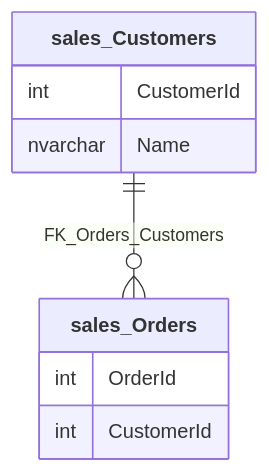
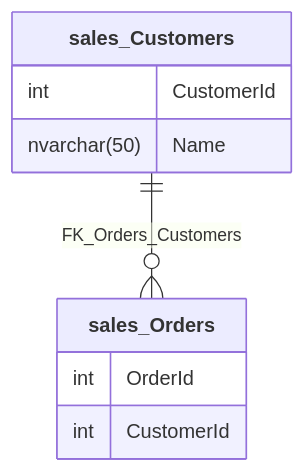
One commit to SimonCropp/DbToMermaid changed the diagram in src/SqlServerToMermaid.Tests/Tests.RenderMarkdownFromScriptWithSchema.verified.md. Above: the diagram before and after it, drawn with Mermaid. The commit also changed 26 other files, not shown here.

````diff
--- a/src/SqlServerToMermaid.Tests/Tests.RenderMarkdownFromScriptWithSchema.verified.md
+++ b/src/SqlServerToMermaid.Tests/Tests.RenderMarkdownFromScriptWithSchema.verified.md
@@ -1,12 +1,12 @@
 ```mermaid
 erDiagram
   sales_Customers["**sales_Customers**"] {
     int CustomerId
-    nvarchar Name
+    nvarchar(50) Name
   }
   sales_Orders["**sales_Orders**"] {
     int OrderId
     int CustomerId
   }
   sales_Customers ||--o{ sales_Orders : "FK_Orders_Customers"
 ```
````
